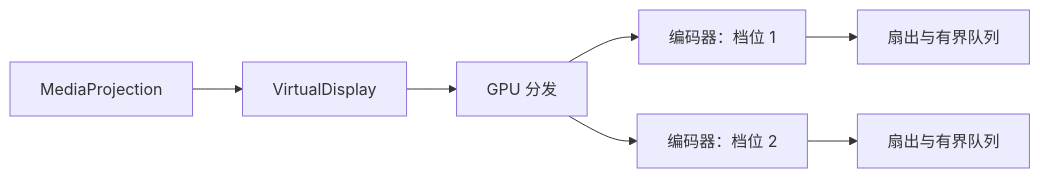
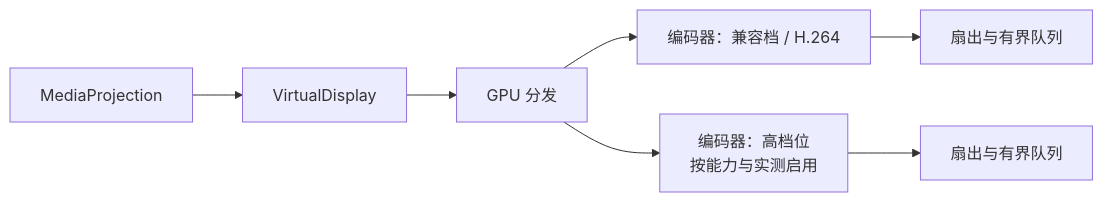
The eighth of 8 diagrams in docs/media-architecture.md (obby-xiang/LocalScreenShareAndroid), drawn with Mermaid before and after one commit. The commit also changed other lines of this file and 8 other files, not shown here.

````diff
--- a/docs/media-architecture.md
+++ b/docs/media-architecture.md
@@ -474,9 +547,9 @@
 ```mermaid
 flowchart LR
     MP[MediaProjection] --> VD[VirtualDisplay]
     VD --> GPU[GPU 分发]
-    GPU --> E1[编码器：档位 1]
-    GPU --> E2[编码器：档位 2]
+    GPU --> E1[编码器：兼容档 / H.264]
+    GPU --> E2[编码器：高档位<br/>按能力与实测启用]
     E1 --> F1[扇出与有界队列]
     E2 --> F2[扇出与有界队列]
 ```
````
